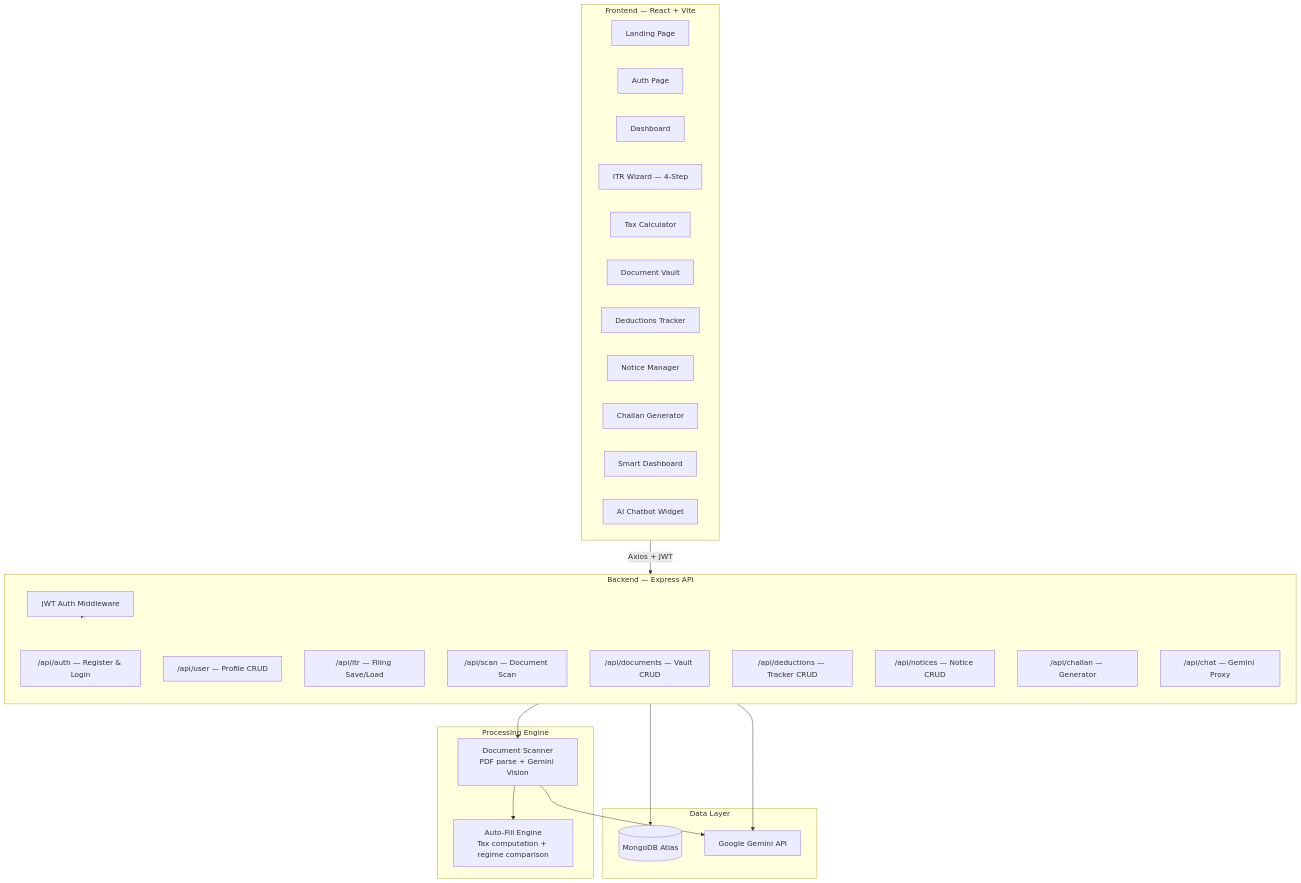
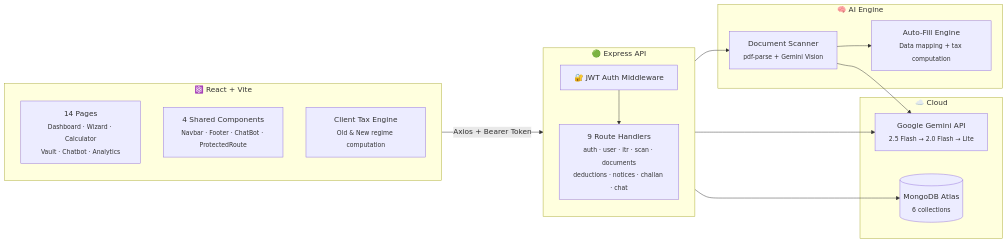
The first of 2 diagrams in README.md (Vinaysukhwal/SmartTax), drawn with Mermaid before and after one commit. The commit also changed other lines of this file, not shown here.

````diff
--- a/README.md
+++ b/README.md
@@ -55,48 +163,33 @@
 ```mermaid
-flowchart TB
-    subgraph CLIENT["Frontend — React + Vite"]
-        LP[Landing Page]
-        AUTH[Auth Page]
-        DASH[Dashboard]
-        WIZARD[ITR Wizard — 4-Step]
-        CALC[Tax Calculator]
-        VAULT[Document Vault]
-        DED[Deductions Tracker]
-        NOTICE[Notice Manager]
-        CHALLAN[Challan Generator]
-        SDASH[Smart Dashboard]
-        CHATBOT[AI Chatbot Widget]
+flowchart LR
+    subgraph Frontend["⚛️ React + Vite"]
+        direction TB
+        Pages["14 Pages<br/><sub>Dashboard · Wizard · Calculator<br/>Vault · Chatbot · Analytics</sub>"]
+        Components["4 Shared Components<br/><sub>Navbar · Footer · ChatBot · ProtectedRoute</sub>"]
+        TaxEngine["Client Tax Engine<br/><sub>Old & New regime computation</sub>"]
     end
 
-    subgraph API["Backend — Express API"]
+    subgraph Backend["🟢 Express API"]
         direction TB
-        MW[JWT Auth Middleware]
-        R_AUTH["/api/auth — Register & Login"]
-        R_USER["/api/user — Profile CRUD"]
-        R_ITR["/api/itr — Filing Save/Load"]
-        R_SCAN["/api/scan — Document Scan"]
-        R_DOCS["/api/documents — Vault CRUD"]
-        R_DED["/api/deductions — Tracker CRUD"]
-        R_NOT["/api/notices — Notice CRUD"]
-        R_CHAL["/api/challan — Generator"]
-        R_CHAT["/api/chat — Gemini Proxy"]
+        Auth["🔐 JWT Auth Middleware"]
+        Routes["9 Route Handlers<br/><sub>auth · user · itr · scan · documents<br/>deductions · notices · challan · chat</sub>"]
     end
 
-    subgraph SERVICES["Processing Engine"]
-        SCANNER["Document Scanner<br/>PDF parse + Gemini Vision"]
-        AUTOFILL["Auto-Fill Engine<br/>Tax computation + regime comparison"]
+    subgraph Services["🧠 AI Engine"]
+        Scanner["Document Scanner<br/><sub>pdf-parse + Gemini Vision</sub>"]
+        AutoFill["Auto-Fill Engine<br/><sub>Data mapping + tax computation</sub>"]
     end
 
-    subgraph DATA["Data Layer"]
-        MONGO[(MongoDB Atlas)]
-        GEMINI[Google Gemini API]
+    subgraph External["☁️ Cloud"]
+        Gemini["Google Gemini API<br/><sub>2.5 Flash → 2.0 Flash → Lite</sub>"]
+        Mongo[("MongoDB Atlas<br/><sub>6 collections</sub>")]
     end
 
-    CLIENT -- "Axios + JWT" --> MW
-    MW --> API
-    R_SCAN --> SCANNER
-    SCANNER --> GEMINI
-    SCANNER --> AUTOFILL
-    API --> MONGO
-    R_CHAT --> GEMINI
+    Frontend -- "Axios + Bearer Token" --> Auth
+    Auth --> Routes
+    Routes --> Scanner
+    Scanner --> Gemini
+    Scanner --> AutoFill
+    Routes --> Mongo
+    Routes --> Gemini
 ```
````
